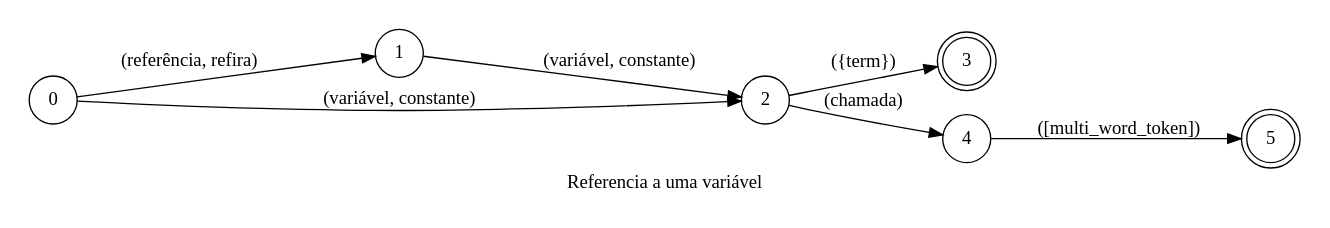
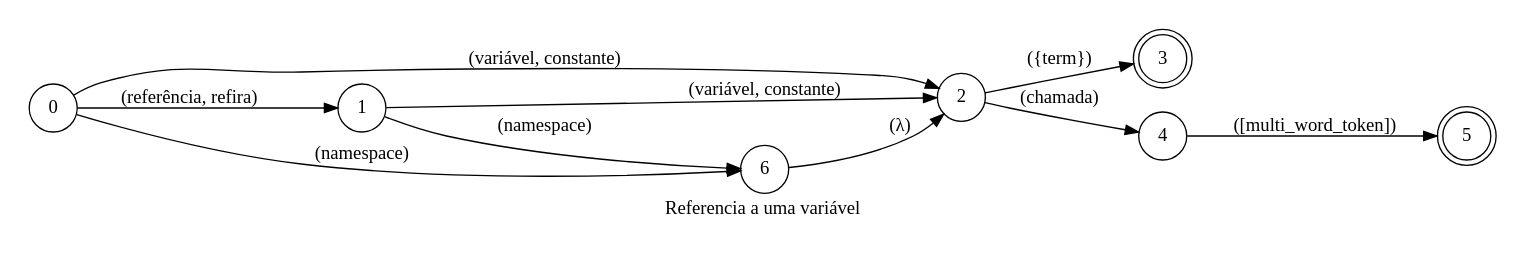
The diagram in spoken/src/modules/typescript/variable_reference/phrase_pt-BR.dot (pedrooaugusto/speech-to-code), drawn with Graphviz before and after one commit. The commit also changed 96 other files, not shown here.

```diff
--- a/spoken/src/modules/typescript/variable_reference/phrase_pt-BR.dot
+++ b/spoken/src/modules/typescript/variable_reference/phrase_pt-BR.dot
@@ -1,19 +1,21 @@
 digraph VariableReference {
     id="variable_reference";
     label="Referencia a uma variável";
     lang="pt-BR";
     langName="Português";
     pad="0.2";
     rankdir=LR;
     node[shape=doublecircle]; 3 5;
     node[shape=circle];
 
     0 -> 1 [label="(referência, refira)"];
     {1 0} -> 2 [label="(variável, constante)"];
+    {1 0} -> 6 [label="(namespace)", store=isNamespace, normalizer=boolean];
+    6 -> 2 [label="(λ)"];
     2 -> 4 [label="(chamada)"];
     2 -> 3 [label="({term})", store=varName];
     4 -> 5 [label="([multi_word_token])", store=varName, extraArgs="{\"case\": \"camel\"}"];
 
     title="Referencia a uma variável";
     desc="Refere a uma variável ou constante já declarada";
 }
```
